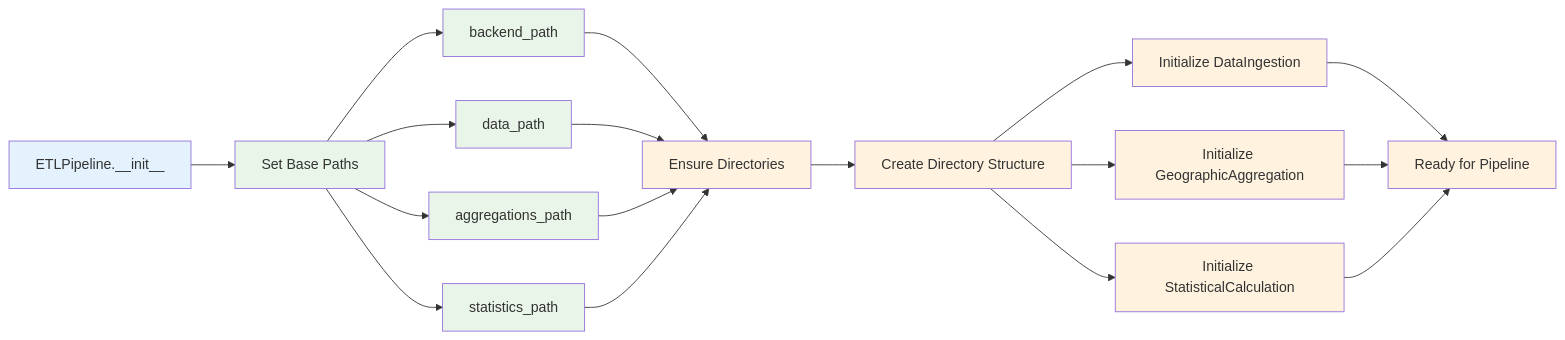
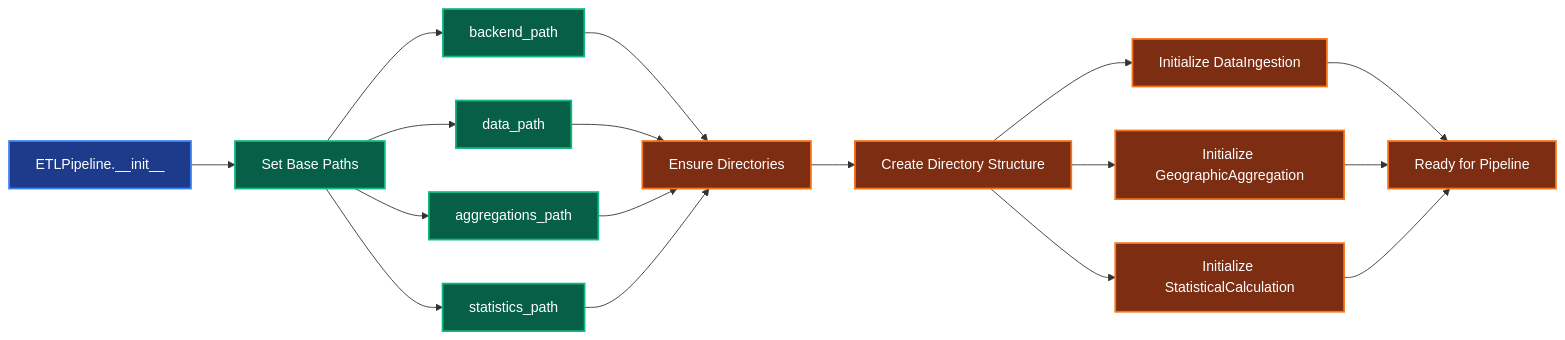
The second of 5 diagrams in backend/scripts/update_flow_diagram.md (RobertJStewart/RE), drawn with Mermaid before and after one commit. The commit also changed other lines of this file, not shown here.

First line of the commit message:
Update diagram colors for dark background readability

````diff
--- a/backend/scripts/update_flow_diagram.md
+++ b/backend/scripts/update_flow_diagram.md
@@ -88,31 +88,31 @@
 ```mermaid
 graph LR
     A[ETLPipeline.__init__] --> B[Set Base Paths]
     B --> C[backend_path]
     B --> D[data_path]
     B --> E[aggregations_path]
     B --> F[statistics_path]
     
     C --> G[Ensure Directories]
     D --> G
     E --> G
     F --> G
     
     G --> H[Create Directory Structure]
     H --> I[Initialize DataIngestion]
     H --> J[Initialize GeographicAggregation]
     H --> K[Initialize StatisticalCalculation]
     
     I --> L[Ready for Pipeline]
     J --> L
     K --> L
     
-    %% Styling
-    classDef init fill:#e3f2fd
-    classDef path fill:#e8f5e8
-    classDef component fill:#fff3e0
+    %% Styling - Optimized for dark backgrounds
+    classDef init fill:#1e3a8a,stroke:#3b82f6,stroke-width:2px,color:#ffffff
+    classDef path fill:#065f46,stroke:#10b981,stroke-width:2px,color:#ffffff
+    classDef component fill:#7c2d12,stroke:#f97316,stroke-width:2px,color:#ffffff
     
     class A init
     class B,C,D,E,F path
     class G,H,I,J,K,L component
 ```
````
